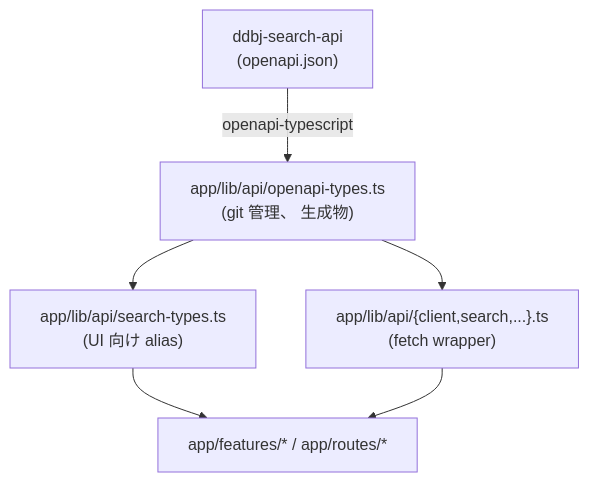
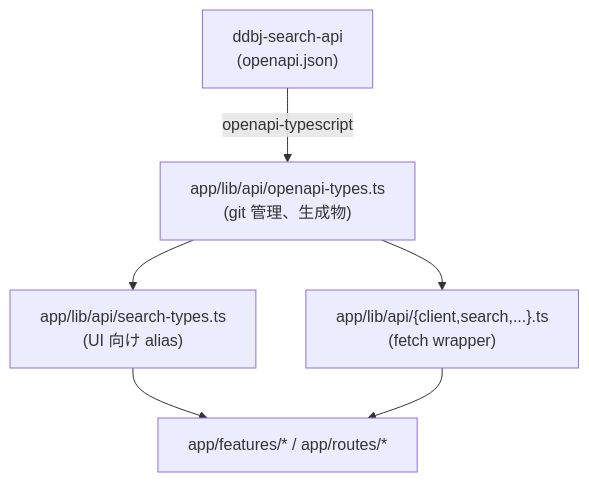
One commit to ddbj/db-portal changed the first of 3 diagrams in docs/api-types.md. Above: the diagram before and after it, drawn with Mermaid. The commit also changed other lines of this file and 15 other files, not shown here.

````diff
--- a/docs/api-types.md
+++ b/docs/api-types.md
@@ -18,14 +18,14 @@
 ```mermaid
 flowchart TD
   Backend["ddbj-search-api<br/>(openapi.json)"]
-  Generated["app/lib/api/openapi-types.ts<br/>(git 管理、 生成物)"]
+  Generated["app/lib/api/openapi-types.ts<br/>(git 管理、生成物)"]
   Aliases["app/lib/api/search-types.ts<br/>(UI 向け alias)"]
   Wrapper["app/lib/api/{client,search,...}.ts<br/>(fetch wrapper)"]
   App["app/features/* / app/routes/*"]
 
   Backend -- "openapi-typescript" --> Generated
   Generated --> Aliases
   Generated --> Wrapper
   Aliases --> App
   Wrapper --> App
 ```
````
